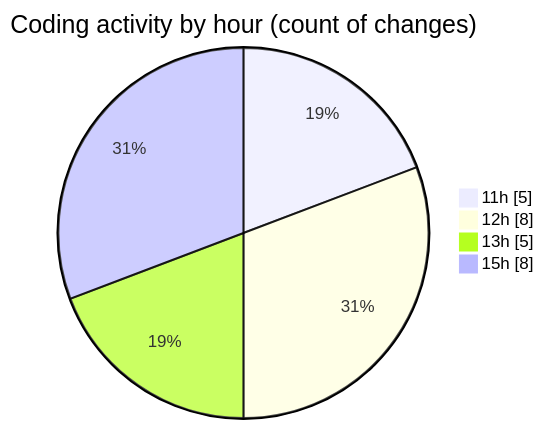
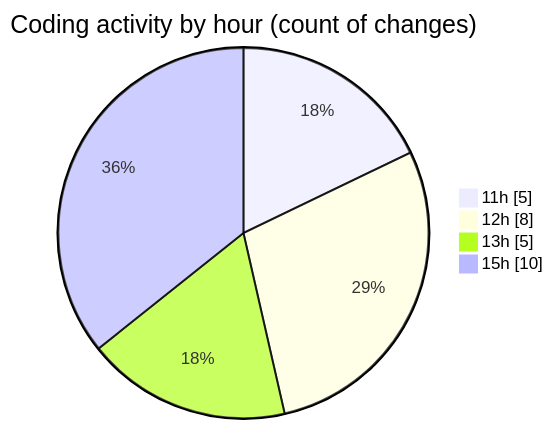
The second of 2 diagrams in 2026-01-15/nxtqube_webapp/README.md (nxtqubesakshisongat/code-tracking), drawn with Mermaid before and after one commit. The commit also changed other lines of this file and 1 other file, not shown here.

````diff
--- a/2026-01-15/nxtqube_webapp/README.md
+++ b/2026-01-15/nxtqube_webapp/README.md
@@ -34,8 +35,8 @@
 ```mermaid
 pie showData
 title Coding activity by hour (count of changes)
 "11h" : 5
 "12h" : 8
 "13h" : 5
-"15h" : 8
+"15h" : 10
 ```
````
